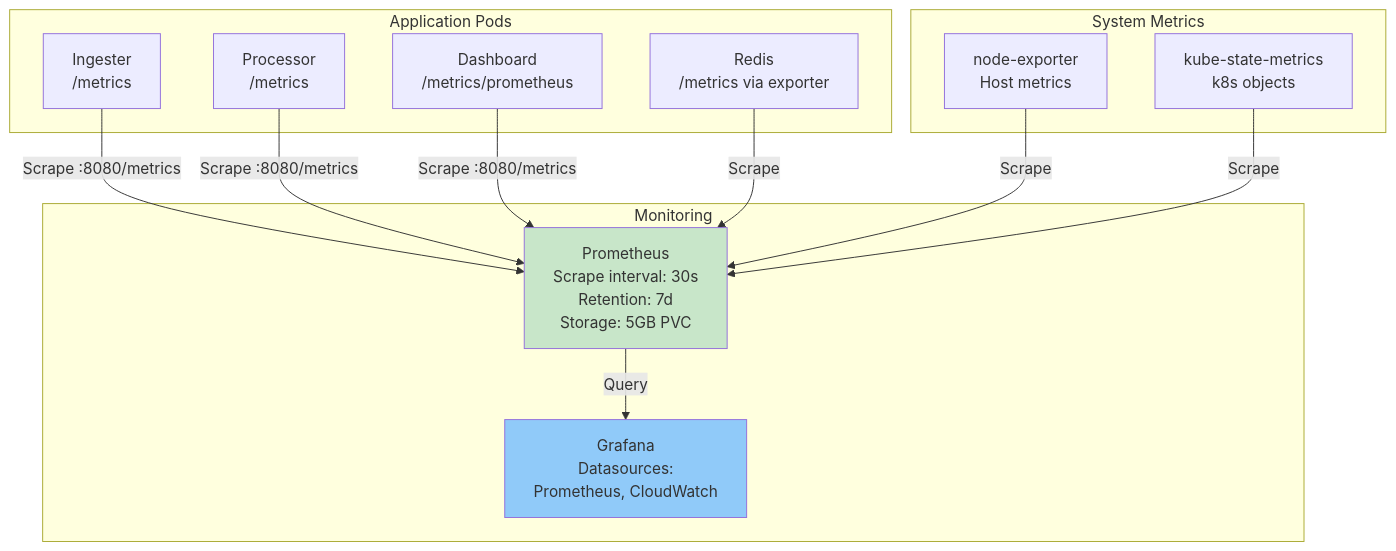
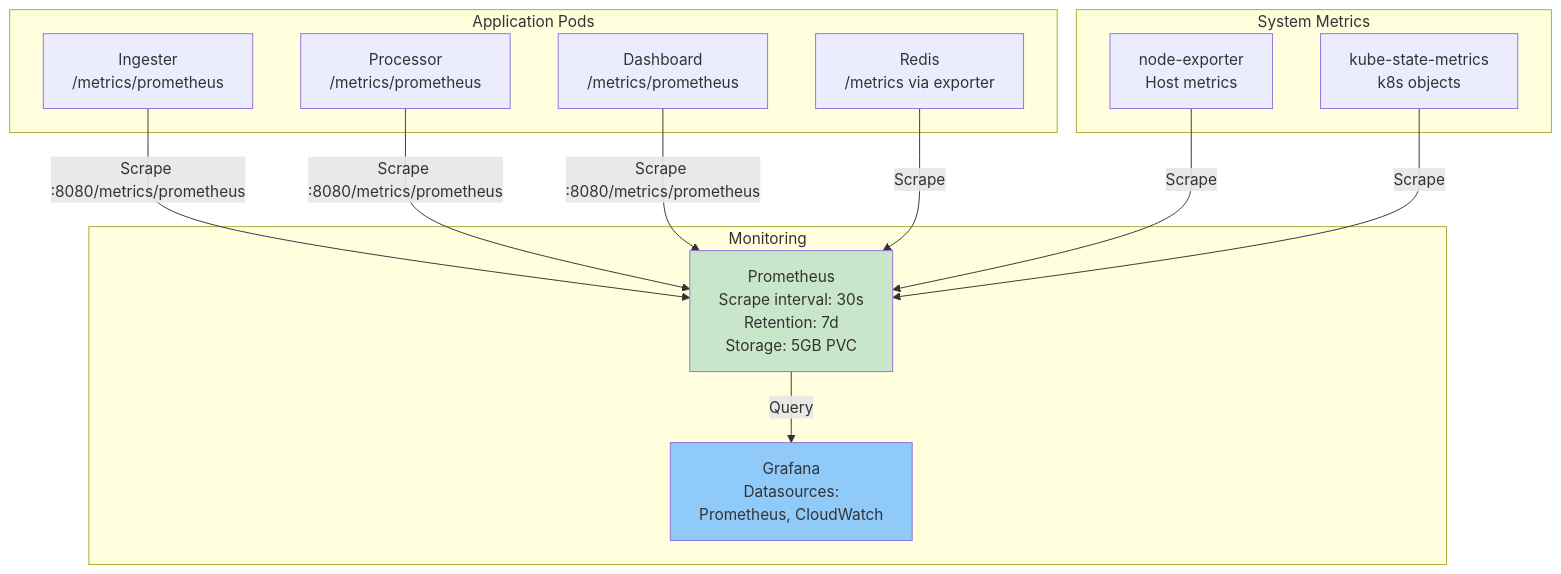
One commit to ClementV78/CloudRadar changed diagram 15 of 28 in docs/architecture/technical-architecture-document.md. Above: the diagram before and after it, drawn with Mermaid. The commit also changed other lines of this file and 1 other file, not shown here.

First line of the commit message:
docs(architecture): align technical architecture docs

````diff
--- a/docs/architecture/technical-architecture-document.md
+++ b/docs/architecture/technical-architecture-document.md
@@ -495,31 +510,31 @@
 ```mermaid
 graph TB
     subgraph "Application Pods"
-        INGESTER[Ingester<br/>/metrics]
-        PROCESSOR[Processor<br/>/metrics]
+        INGESTER[Ingester<br/>/metrics/prometheus]
+        PROCESSOR[Processor<br/>/metrics/prometheus]
         DASHBOARD[Dashboard<br/>/metrics/prometheus]
         REDIS[Redis<br/>/metrics via exporter]
     end
 
     subgraph "System Metrics"
         NODE_EXP[node-exporter<br/>Host metrics]
         KUBE_STATE[kube-state-metrics<br/>k8s objects]
     end
 
     subgraph "Monitoring"
         PROM[Prometheus<br/>Scrape interval: 30s<br/>Retention: 7d<br/>Storage: 5GB PVC]
         GRAF[Grafana<br/>Datasources:<br/>Prometheus, CloudWatch]
     end
 
-    INGESTER -->|Scrape :8080/metrics| PROM
-    PROCESSOR -->|Scrape :8080/metrics| PROM
-    DASHBOARD -->|Scrape :8080/metrics| PROM
+    INGESTER -->|Scrape :8080/metrics/prometheus| PROM
+    PROCESSOR -->|Scrape :8080/metrics/prometheus| PROM
+    DASHBOARD -->|Scrape :8080/metrics/prometheus| PROM
     REDIS -->|Scrape| PROM
     NODE_EXP -->|Scrape| PROM
     KUBE_STATE -->|Scrape| PROM
     
     PROM -->|Query| GRAF
     
     style PROM fill:#c8e6c9
     style GRAF fill:#90caf9
 ```
````
